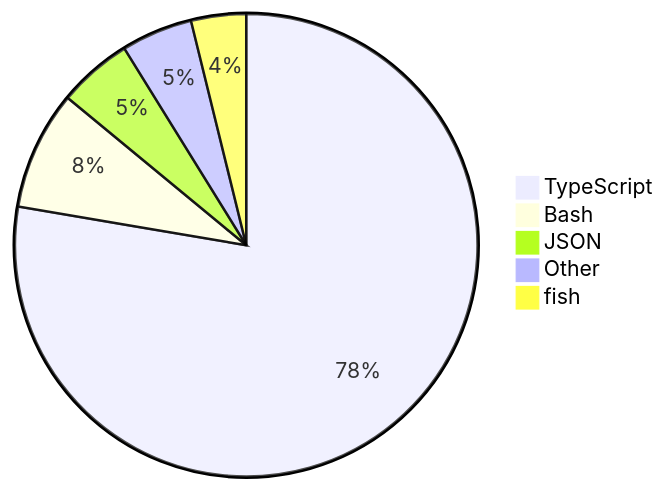
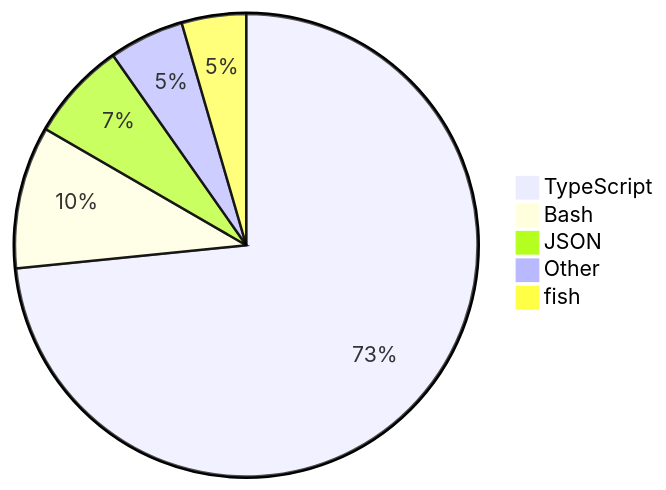
Before and after one commit to skvggor/skvggor: the diagram in README.md, drawn with Mermaid.

Commit message:
Updated waka-readme graph with new metrics

````diff
--- a/README.md
+++ b/README.md
@@ -28,8 +28,8 @@
 ```mermaid
 pie
-    "TypeScript" : 74.8
-    "Bash" : 8.0
-    "JSON" : 5.0
-    "Other" : 4.8
-    "fish" : 3.7
+    "TypeScript" : 70.1
+    "Bash" : 9.5
+    "JSON" : 6.6
+    "Other" : 5.0
+    "fish" : 4.3
 ```
````
